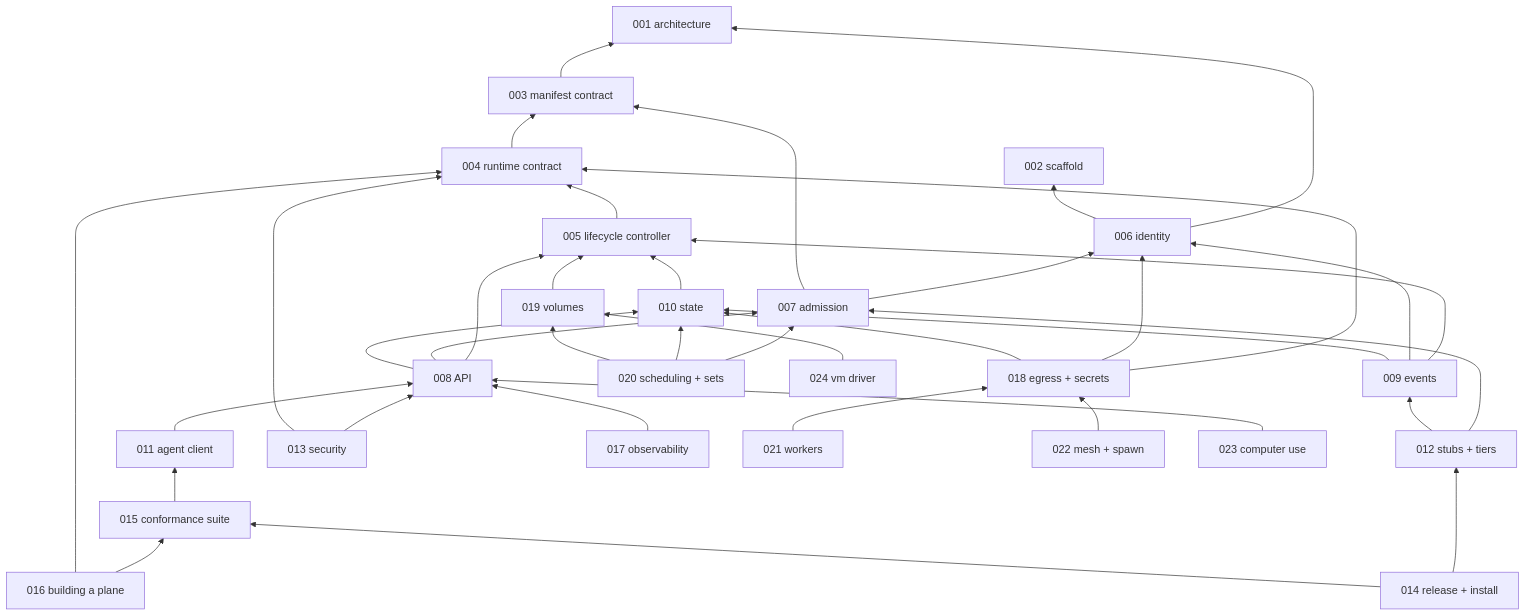
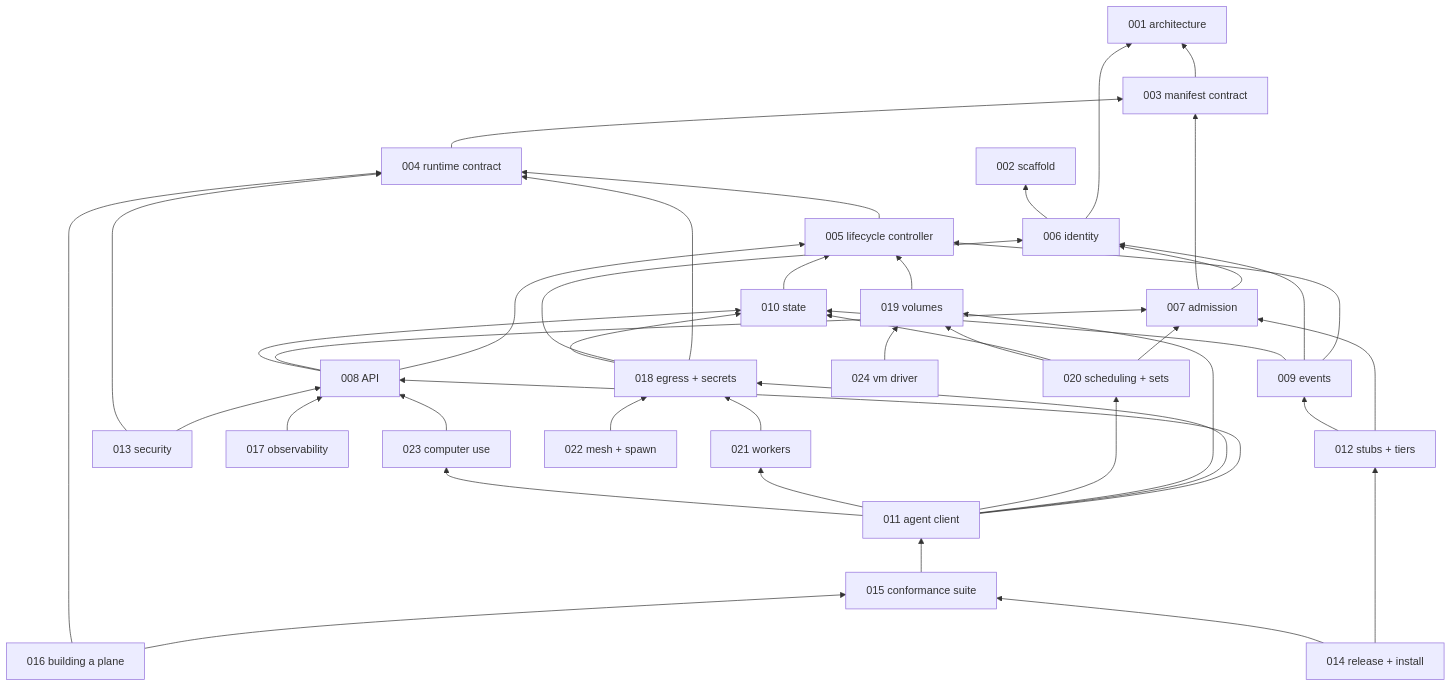
One commit to latere-ai/cella changed the second of 2 diagrams in specs/README.md. Above: the diagram before and after it, drawn with Mermaid. The commit also changed other lines of this file and 3 other files, not shown here.

````diff
--- a/specs/README.md
+++ b/specs/README.md
@@ -82,63 +82,68 @@
 ```mermaid
 flowchart BT
   S001[001 architecture]
   S002[002 scaffold]
   S003[003 manifest contract]
   S004[004 runtime contract]
   S005[005 lifecycle controller]
   S006[006 identity]
   S007[007 admission]
   S008[008 API]
   S009[009 events]
   S010[010 state]
   S011[011 agent client]
   S012[012 stubs + tiers]
   S013[013 security]
   S014[014 release + install]
   S015[015 conformance suite]
   S016[016 building a plane]
   S017[017 observability]
   S018[018 egress + secrets]
   S019[019 volumes]
   S020[020 scheduling + sets]
   S021[021 workers]
   S022[022 mesh + spawn]
   S023[023 computer use]
   S024[024 vm driver]
   S003 --> S001
   S004 --> S003
   S005 --> S004
   S006 --> S001
   S006 --> S002
   S007 --> S006
   S007 --> S003
   S008 --> S005
   S008 --> S007
   S008 --> S010
   S009 --> S005
   S009 --> S006
   S009 --> S010
   S010 --> S005
   S011 --> S008
+  S011 --> S018
+  S011 --> S019
+  S011 --> S020
+  S011 --> S021
+  S011 --> S023
   S012 --> S007
   S012 --> S009
   S013 --> S008
   S013 --> S004
   S014 --> S012
   S014 --> S015
   S015 --> S011
   S016 --> S015
   S016 --> S004
   S017 --> S008
   S018 --> S004
   S018 --> S006
   S018 --> S010
   S019 --> S005
   S020 --> S007
   S020 --> S010
   S020 --> S019
   S021 --> S018
   S022 --> S018
   S023 --> S008
   S024 --> S019
 ```
````
